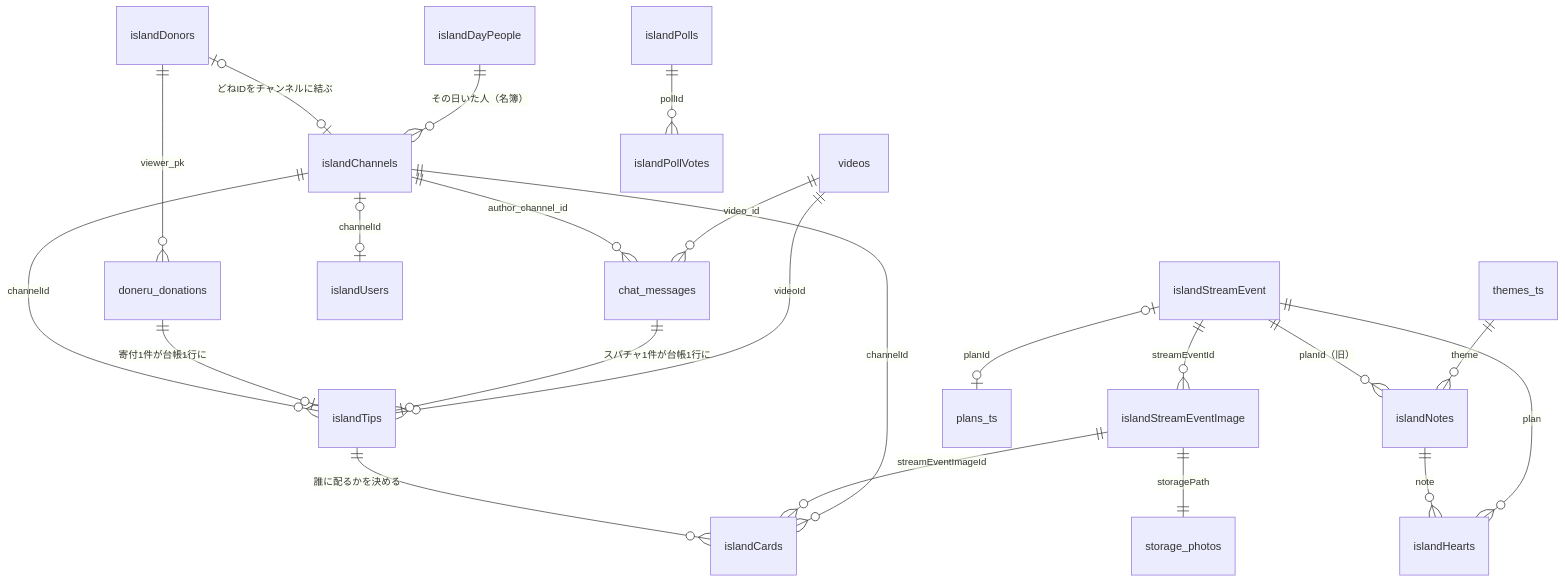
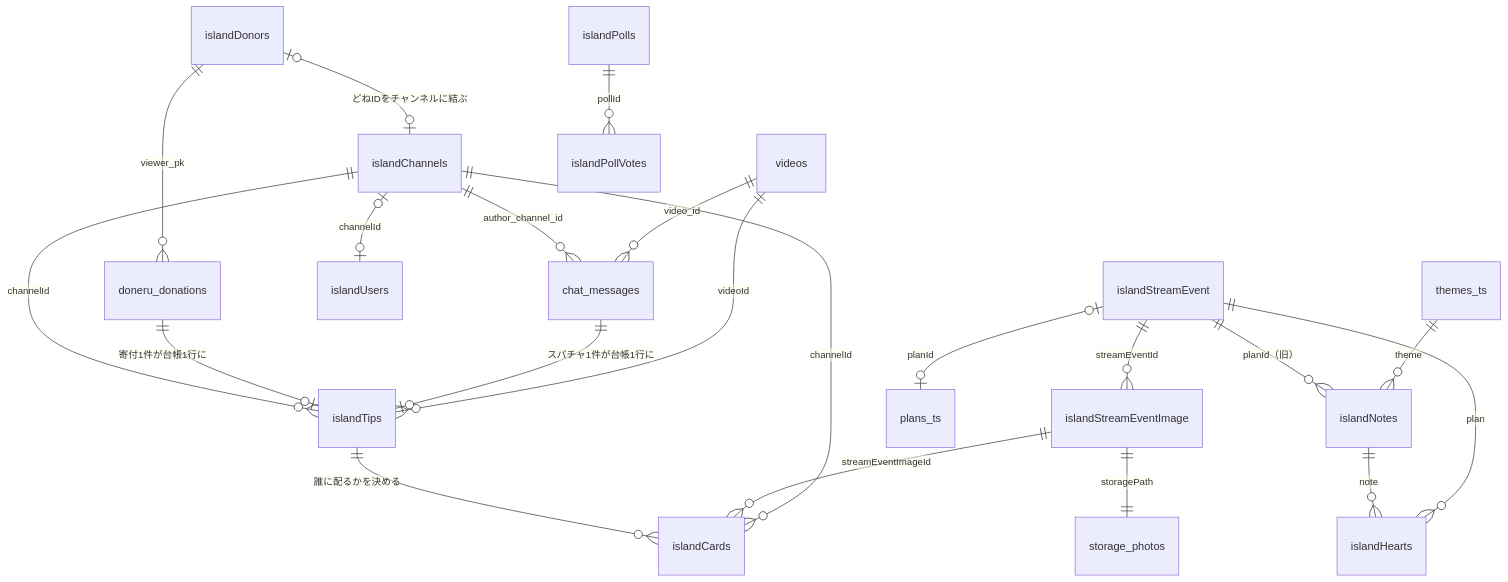
The first of 3 diagrams in docs/island-db.md (Ayato-kosaka/live-streaming), drawn with Mermaid before and after one commit. The commit also changed other lines of this file and 8 other files, not shown here.

First line of the commit message:
退避: 名簿（islandDayPeople）を畳む作業の途中経過

````diff
--- a/docs/island-db.md
+++ b/docs/island-db.md
@@ -19,28 +19,27 @@
 ```mermaid
 erDiagram
     videos                 ||--o{ chat_messages          : "video_id"
     videos                 ||--o{ islandTips             : "videoId"
     chat_messages          ||--o| islandTips             : "スパチャ1件が台帳1行に"
     doneru_donations       ||--o| islandTips             : "寄付1件が台帳1行に"
 
     islandChannels         ||--o{ chat_messages          : "author_channel_id"
     islandChannels         ||--o{ islandTips             : "channelId"
     islandChannels         ||--o{ islandCards            : "channelId"
     islandChannels         |o--o| islandUsers            : "channelId"
-    islandDayPeople        ||--o{ islandChannels         : "その日いた人（名簿）"
     islandDonors           ||--o{ doneru_donations       : "viewer_pk"
     islandDonors           |o--o| islandChannels         : "どねIDをチャンネルに結ぶ"
 
     islandStreamEvent      ||--o{ islandStreamEventImage : "streamEventId"
     islandStreamEvent      ||--o{ islandHearts           : "plan"
     islandStreamEvent      |o--o| plans_ts               : "planId"
     islandStreamEventImage ||--o{ islandCards            : "streamEventImageId"
     islandTips             ||--o{ islandCards            : "誰に配るかを決める"
     islandStreamEventImage ||--|| storage_photos         : "storagePath"
 
     themes_ts              ||--o{ islandNotes            : "theme"
     islandStreamEvent      ||--o{ islandNotes            : "planId（旧）"
     islandNotes            ||--o{ islandHearts           : "note"
 
     islandPolls            ||--o{ islandPollVotes        : "pollId"
 ```
````
